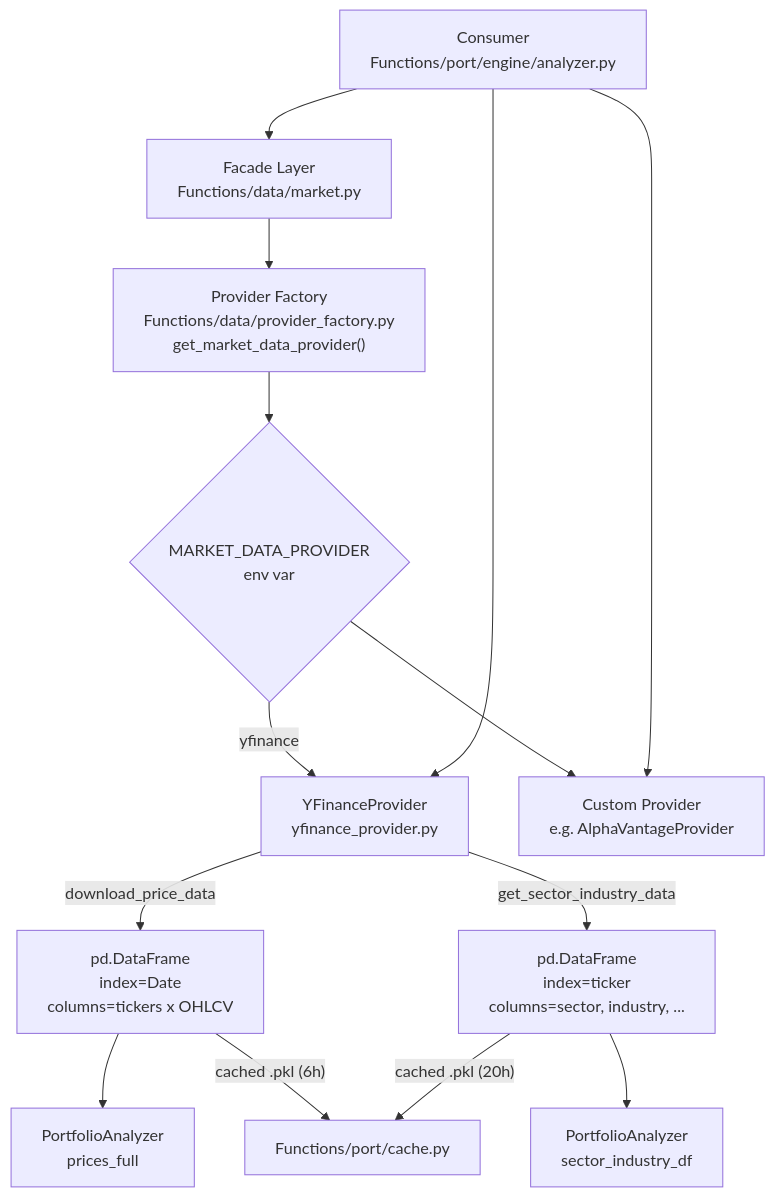
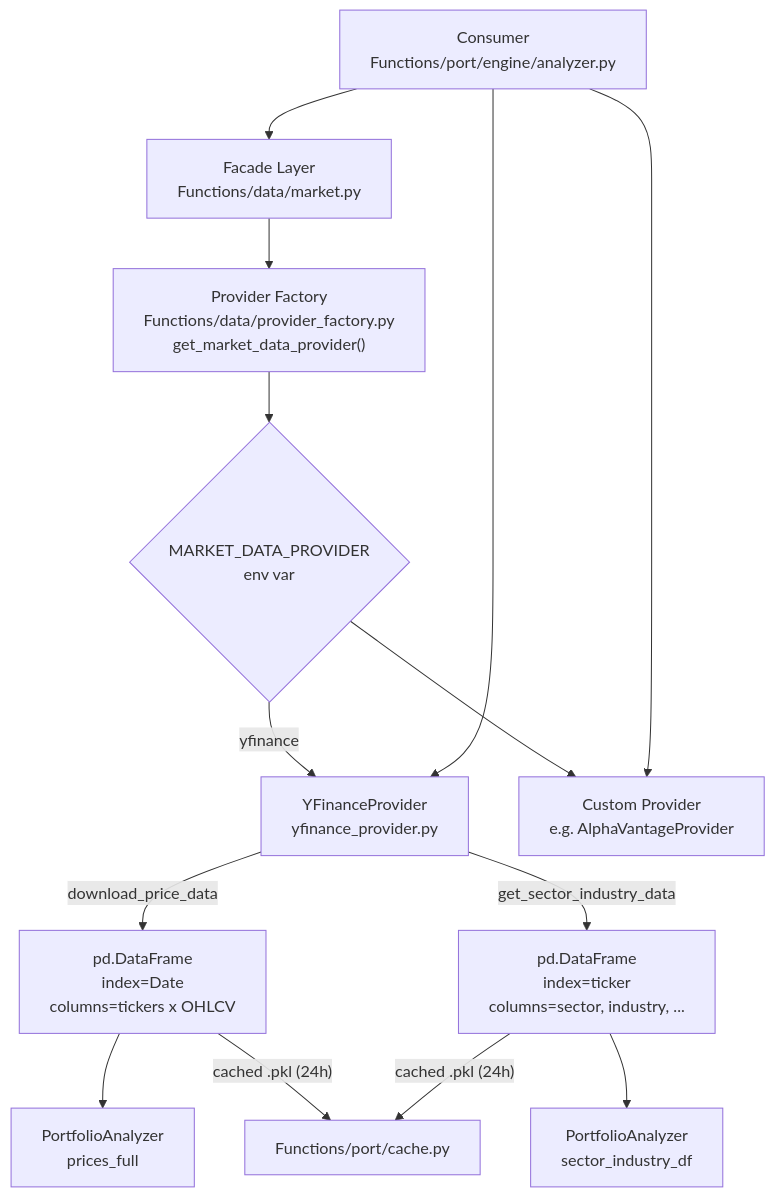
The first of 2 diagrams in Functions/data/DATA_PROVIDER.md (AlphaSentra/alphasentra-functions), drawn with Mermaid before and after one commit. The commit also changed other lines of this file and 8 other files, not shown here.

````diff
--- a/Functions/data/DATA_PROVIDER.md
+++ b/Functions/data/DATA_PROVIDER.md
@@ -7,20 +7,20 @@
 ```mermaid
 flowchart TD
     A["Facade Layer<br/>Functions/data/market.py"] --> B["Provider Factory<br/>Functions/data/provider_factory.py<br/>get_market_data_provider()"]
     B --> C{"MARKET_DATA_PROVIDER<br/>env var"}
     C -->|"yfinance"| D["YFinanceProvider<br/>yfinance_provider.py"]
     C -->|"<other>"| E["Custom Provider<br/>e.g. AlphaVantageProvider"]
 
     F["Consumer<br/>Functions/port/engine/analyzer.py"] --> A
     F --> D
     F --> E
 
     D -->|"download_price_data"| G["pd.DataFrame<br/>index=Date<br/>columns=tickers x OHLCV"]
     D -->|"get_sector_industry_data"| H["pd.DataFrame<br/>index=ticker<br/>columns=sector, industry, ..."]
 
     G --> I["PortfolioAnalyzer<br/>prices_full"]
     H --> J["PortfolioAnalyzer<br/>sector_industry_df"]
 
-    G -->|"cached .pkl (6h)"| K["Functions/port/cache.py"]
-    H -->|"cached .pkl (20h)"| K
+    G -->|"cached .pkl (24h)"| K["Functions/port/cache.py"]
+    H -->|"cached .pkl (24h)"| K
 ```
````
